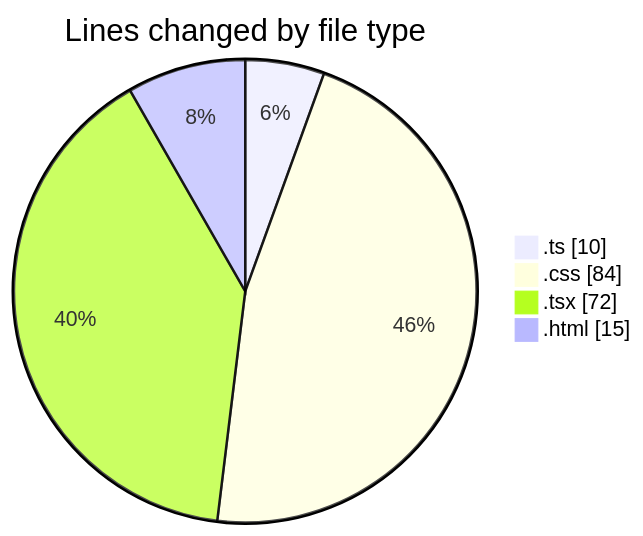
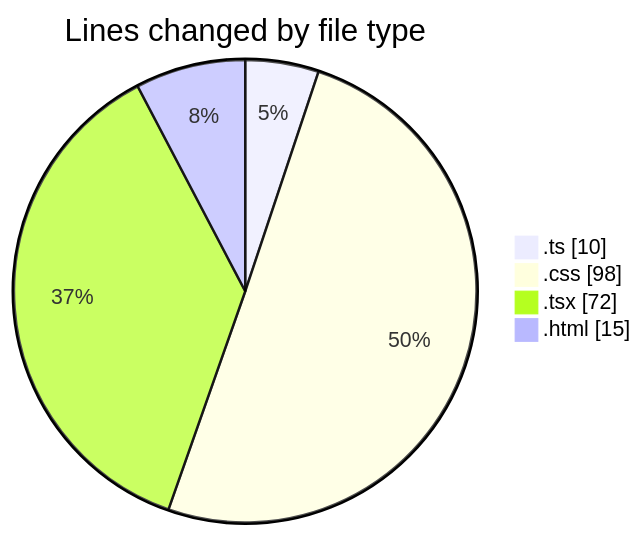
One commit to EIIisD/code-tracking changed the first of 2 diagrams in 2025-07-31/tw-server/README.md. Above: the diagram before and after it, drawn with Mermaid. The commit also changed other lines of this file and 1 other file, not shown here.

````diff
--- a/2025-07-31/tw-server/README.md
+++ b/2025-07-31/tw-server/README.md
@@ -24,8 +25,8 @@
 ```mermaid
 pie showData
 title Lines changed by file type
 ".ts" : 10
-".css" : 84
+".css" : 98
 ".tsx" : 72
 ".html" : 15
 ```
````
